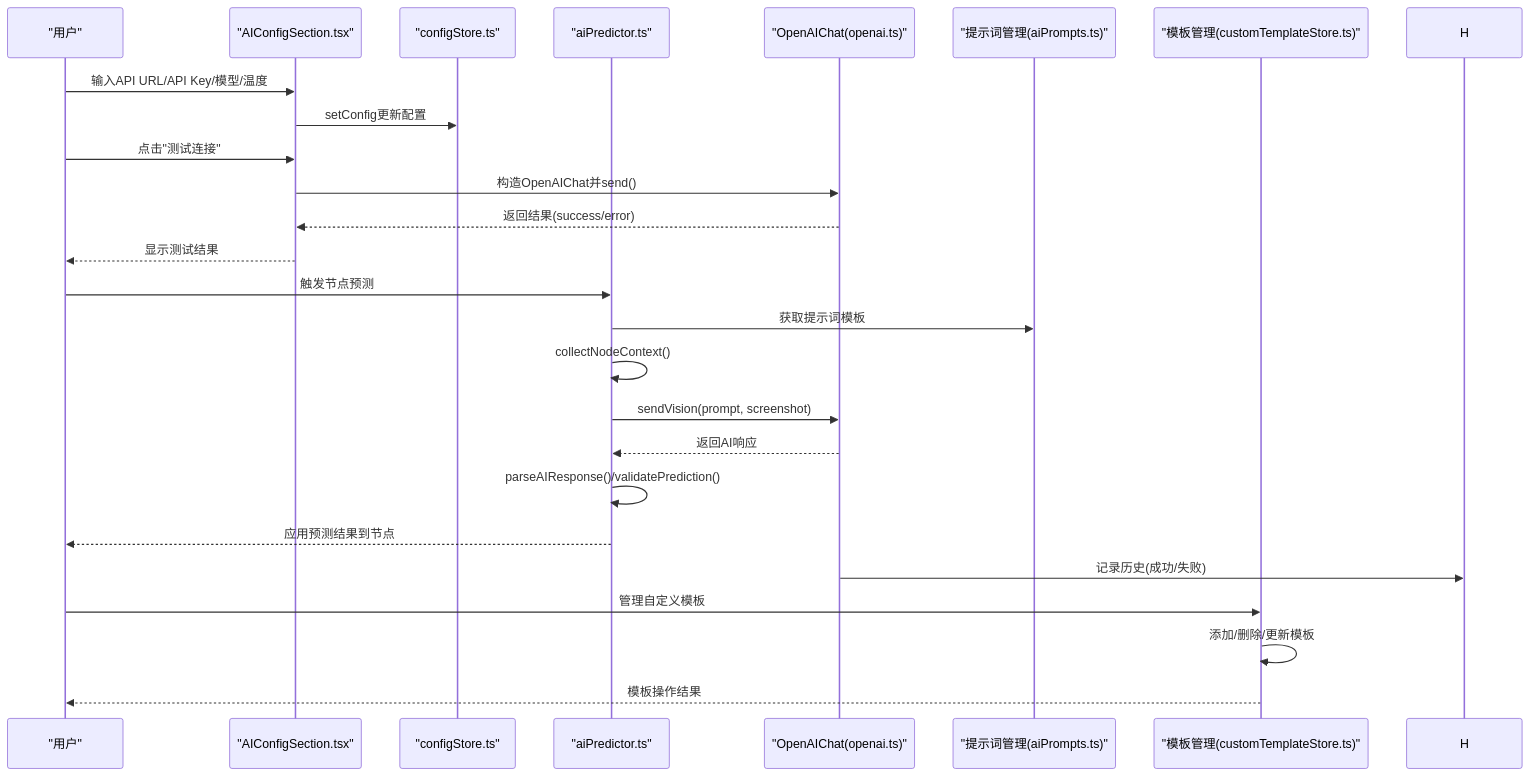
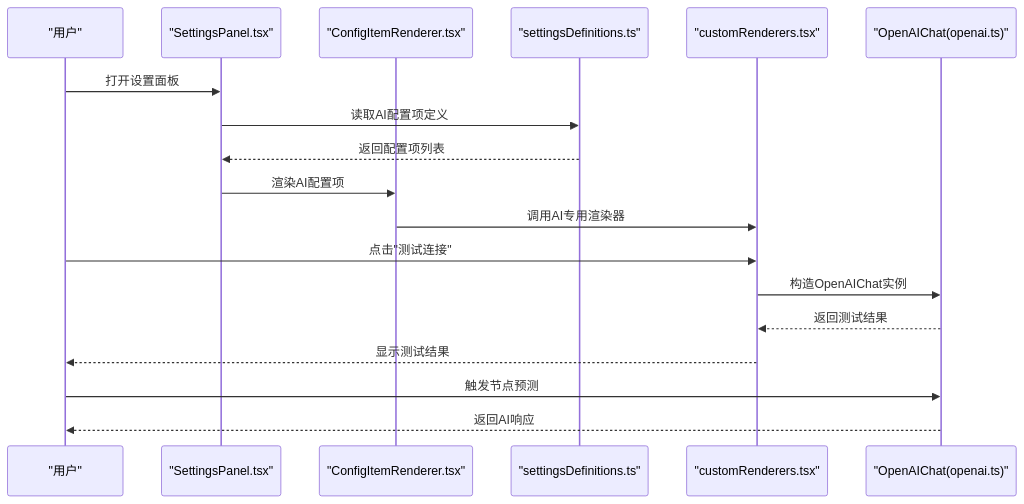
The second of 9 diagrams in .qoder/repowiki/zh/content/用户界面/面板系统/配置面板/AI配置区域.md (kqcoxn/MaaPipelineEditor), drawn with Mermaid before and after one commit. The commit also changed other lines of this file and 50 other files, not shown here.

````diff
--- a/.qoder/repowiki/zh/content/用户界面/面板系统/配置面板/AI配置区域.md
+++ b/.qoder/repowiki/zh/content/用户界面/面板系统/配置面板/AI配置区域.md
@@ -113,27 +107,20 @@
 ```mermaid
 sequenceDiagram
 participant U as "用户"
-participant C as "AIConfigSection.tsx"
-participant S as "configStore.ts"
-participant P as "aiPredictor.ts"
+participant SP as "SettingsPanel.tsx"
+participant CIR as "ConfigItemRenderer.tsx"
+participant SD as "settingsDefinitions.ts"
+participant CR as "customRenderers.tsx"
 participant O as "OpenAIChat(openai.ts)"
-participant PR as "提示词管理(aiPrompts.ts)"
-participant T as "模板管理(customTemplateStore.ts)"
-U->>C : 输入API URL/API Key/模型/温度
-C->>S : setConfig更新配置
-U->>C : 点击"测试连接"
-C->>O : 构造OpenAIChat并send()
-O-->>C : 返回结果(success/error)
-C-->>U : 显示测试结果
-U->>P : 触发节点预测
-P->>PR : 获取提示词模板
-P->>P : collectNodeContext()
-P->>O : sendVision(prompt, screenshot)
-O-->>P : 返回AI响应
-P->>P : parseAIResponse()/validatePrediction()
-P-->>U : 应用预测结果到节点
-O->>H : 记录历史(成功/失败)
-U->>T : 管理自定义模板
-T->>T : 添加/删除/更新模板
-T-->>U : 模板操作结果
+U->>SP : 打开设置面板
+SP->>SD : 读取AI配置项定义
+SD-->>SP : 返回配置项列表
+SP->>CIR : 渲染AI配置项
+CIR->>CR : 调用AI专用渲染器
+U->>CR : 点击"测试连接"
+CR->>O : 构造OpenAIChat实例
+O-->>CR : 返回测试结果
+CR-->>U : 显示测试结果
+U->>O : 触发节点预测
+O-->>U : 返回AI响应
 ```
````
